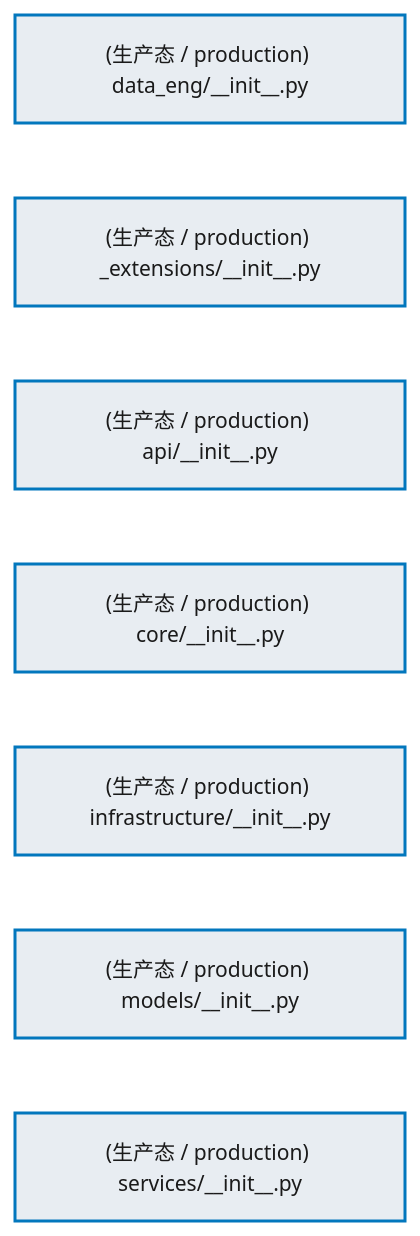
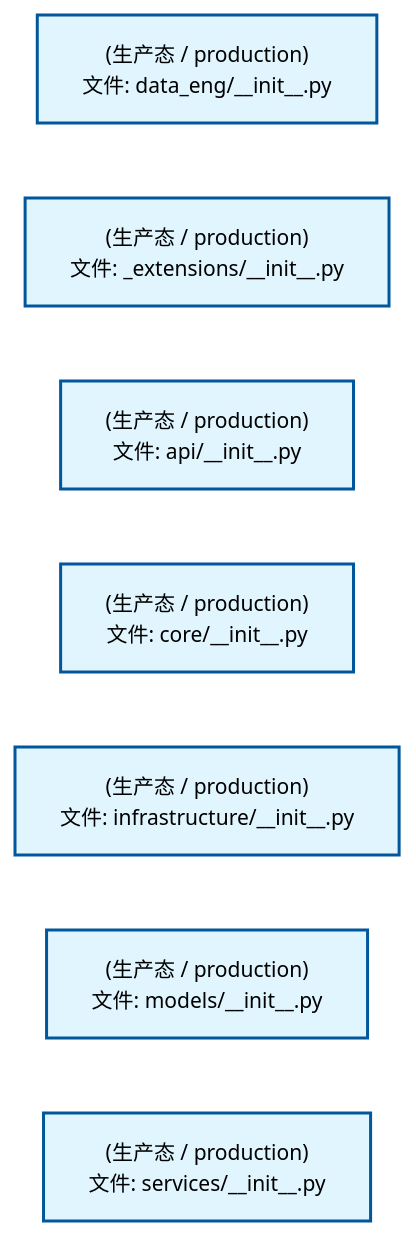
One commit to xuanFelixVan/ZephyrAlpha changed the second of 2 diagrams in docs/02_enterprise_architecture/02_domain_architecture_docs/12_d_data_eng.md. Above: the diagram before and after it, drawn with Mermaid. The commit also changed other lines of this file and 75 other files, not shown here.

````diff
--- a/docs/02_enterprise_architecture/02_domain_architecture_docs/12_d_data_eng.md
+++ b/docs/02_enterprise_architecture/02_domain_architecture_docs/12_d_data_eng.md
@@ -96,22 +96,22 @@
 ```mermaid
 %%{init: {'theme': 'base', 'themeVariables': {'primaryColor': '#eaeaea', 'primaryTextColor': '#333333', 'primaryBorderColor': '#666666', 'lineColor': '#666666', 'secondaryColor': '#eaeaea', 'tertiaryColor': '#eaeaea', 'fontSize': '14px'}}}%%
 flowchart TD
-    src_zephyr_data_eng_init_py["(生产态 / production) data_eng/__init__.py"]
-    src_zephyr_data_eng_extensions_init_py["(生产态 / production) _extensions/__init__.py"]
-    src_zephyr_data_eng_api_init_py["(生产态 / production) api/__init__.py"]
-    src_zephyr_data_eng_core_init_py["(生产态 / production) core/__init__.py"]
-    src_zephyr_data_eng_infrastructure_init_py["(生产态 / production) infrastructure/__init__.py"]
-    src_zephyr_data_eng_models_init_py["(生产态 / production) models/__init__.py"]
-    src_zephyr_data_eng_services_init_py["(生产态 / production) services/__init__.py"]
+    src_zephyr_data_eng_init_py["(生产态 / production)<br/>文件: data_eng/__init__.py"]
+    src_zephyr_data_eng_extensions_init_py["(生产态 / production)<br/>文件: _extensions/__init__.py"]
+    src_zephyr_data_eng_api_init_py["(生产态 / production)<br/>文件: api/__init__.py"]
+    src_zephyr_data_eng_core_init_py["(生产态 / production)<br/>文件: core/__init__.py"]
+    src_zephyr_data_eng_infrastructure_init_py["(生产态 / production)<br/>文件: infrastructure/__init__.py"]
+    src_zephyr_data_eng_models_init_py["(生产态 / production)<br/>文件: models/__init__.py"]
+    src_zephyr_data_eng_services_init_py["(生产态 / production)<br/>文件: services/__init__.py"]
     src_zephyr_data_eng_init_py ~~~ src_zephyr_data_eng_extensions_init_py
     src_zephyr_data_eng_extensions_init_py ~~~ src_zephyr_data_eng_api_init_py
     src_zephyr_data_eng_api_init_py ~~~ src_zephyr_data_eng_core_init_py
     src_zephyr_data_eng_core_init_py ~~~ src_zephyr_data_eng_infrastructure_init_py
     src_zephyr_data_eng_infrastructure_init_py ~~~ src_zephyr_data_eng_models_init_py
     src_zephyr_data_eng_models_init_py ~~~ src_zephyr_data_eng_services_init_py
-    classDef production fill:#e8edf2,stroke:#0277bd,stroke-width:2px,color:#1a1a1a
-    classDef design fill:#f0ebe3,stroke:#bf360c,stroke-width:2px,color:#1a1a1a,stroke-dasharray: 5 5
-    classDef external_prod fill:#e8efe9,stroke:#1b5e20,stroke-width:1px,color:#1a1a1a
-    classDef external_design fill:#efe5ea,stroke:#880e4f,stroke-width:1px,color:#1a1a1a,stroke-dasharray: 5 5
+    classDef production fill:#e1f5fe,stroke:#01579b,stroke-width:2px,color:#000
+    classDef design fill:#fff3e0,stroke:#e65100,stroke-width:2px,color:#000,stroke-dasharray: 5 5
+    classDef external_prod fill:#e8f4fd,stroke:#0277bd,stroke-width:1px,color:#000
+    classDef external_design fill:#fff8e7,stroke:#ef6c00,stroke-width:1px,color:#000,stroke-dasharray: 5 5
     class src_zephyr_data_eng_init_py,src_zephyr_data_eng_extensions_init_py,src_zephyr_data_eng_api_init_py,src_zephyr_data_eng_core_init_py,src_zephyr_data_eng_infrastructure_init_py,src_zephyr_data_eng_models_init_py,src_zephyr_data_eng_services_init_py production
 ```
````
